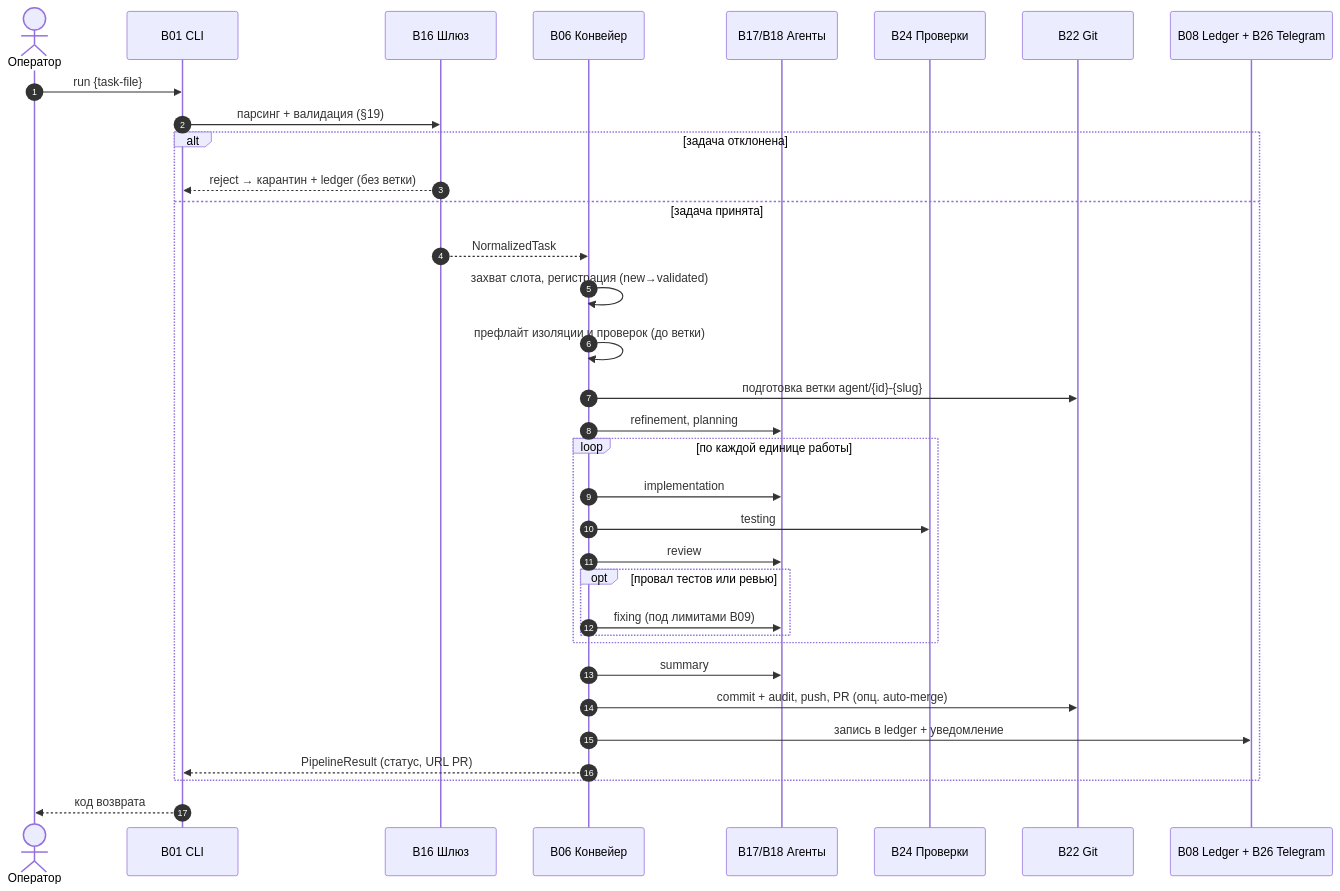
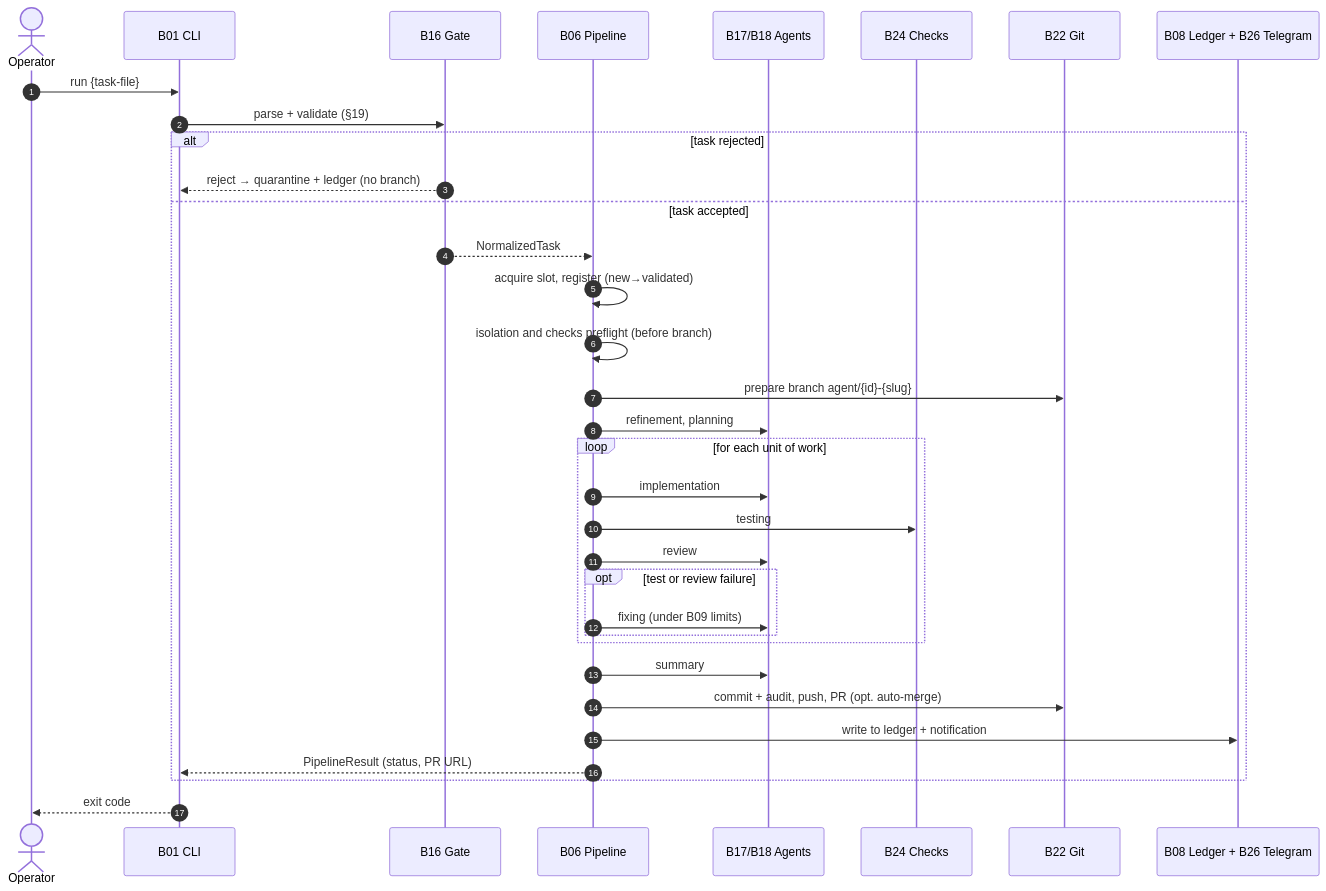
One commit to VladimirMakarevich/wastech-orchestrator changed the first of 2 diagrams in docs/functional/system-flows.md. Above: the diagram before and after it, drawn with Mermaid. The commit also changed other lines of this file and 41 other files, not shown here.

Commit message:
docs: translate system flows documentation from Russian to English, ensuring clarity and consistency in terminology. Update sequence diagrams and flowcharts to reflect the changes in language. Maintain the structure and references to blocks for ease of navigation.

````diff
--- a/docs/functional/system-flows.md
+++ b/docs/functional/system-flows.md
@@ -18,37 +18,37 @@
 ```mermaid
 sequenceDiagram
     autonumber
-    actor Op as Оператор
+    actor Op as Operator
     participant CLI as B01 CLI
-    participant Gate as B16 Шлюз
-    participant Core as B06 Конвейер
-    participant Agent as B17/B18 Агенты
-    participant Checks as B24 Проверки
+    participant Gate as B16 Gate
+    participant Core as B06 Pipeline
+    participant Agent as B17/B18 Agents
+    participant Checks as B24 Checks
     participant Git as B22 Git
     participant Out as B08 Ledger + B26 Telegram
 
     Op->>CLI: run {task-file}
-    CLI->>Gate: парсинг + валидация (§19)
-    alt задача отклонена
-        Gate-->>CLI: reject → карантин + ledger (без ветки)
-    else задача принята
+    CLI->>Gate: parse + validate (§19)
+    alt task rejected
+        Gate-->>CLI: reject → quarantine + ledger (no branch)
+    else task accepted
         Gate-->>Core: NormalizedTask
-        Core->>Core: захват слота, регистрация (new→validated)
-        Core->>Core: префлайт изоляции и проверок (до ветки)
-        Core->>Git: подготовка ветки agent/{id}-{slug}
+        Core->>Core: acquire slot, register (new→validated)
+        Core->>Core: isolation and checks preflight (before branch)
+        Core->>Git: prepare branch agent/{id}-{slug}
         Core->>Agent: refinement, planning
-        loop по каждой единице работы
+        loop for each unit of work
             Core->>Agent: implementation
             Core->>Checks: testing
             Core->>Agent: review
-            opt провал тестов или ревью
-                Core->>Agent: fixing (под лимитами B09)
+            opt test or review failure
+                Core->>Agent: fixing (under B09 limits)
             end
         end
         Core->>Agent: summary
-        Core->>Git: commit + audit, push, PR (опц. auto-merge)
-        Core->>Out: запись в ledger + уведомление
-        Core-->>CLI: PipelineResult (статус, URL PR)
+        Core->>Git: commit + audit, push, PR (opt. auto-merge)
+        Core->>Out: write to ledger + notification
+        Core-->>CLI: PipelineResult (status, PR URL)
     end
-    CLI-->>Op: код возврата
+    CLI-->>Op: exit code
 ```
````
